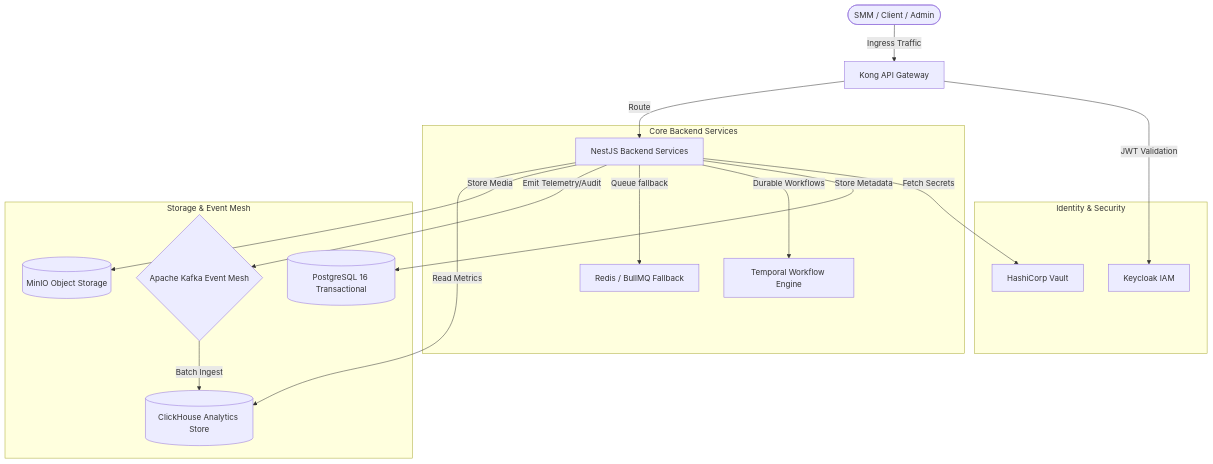
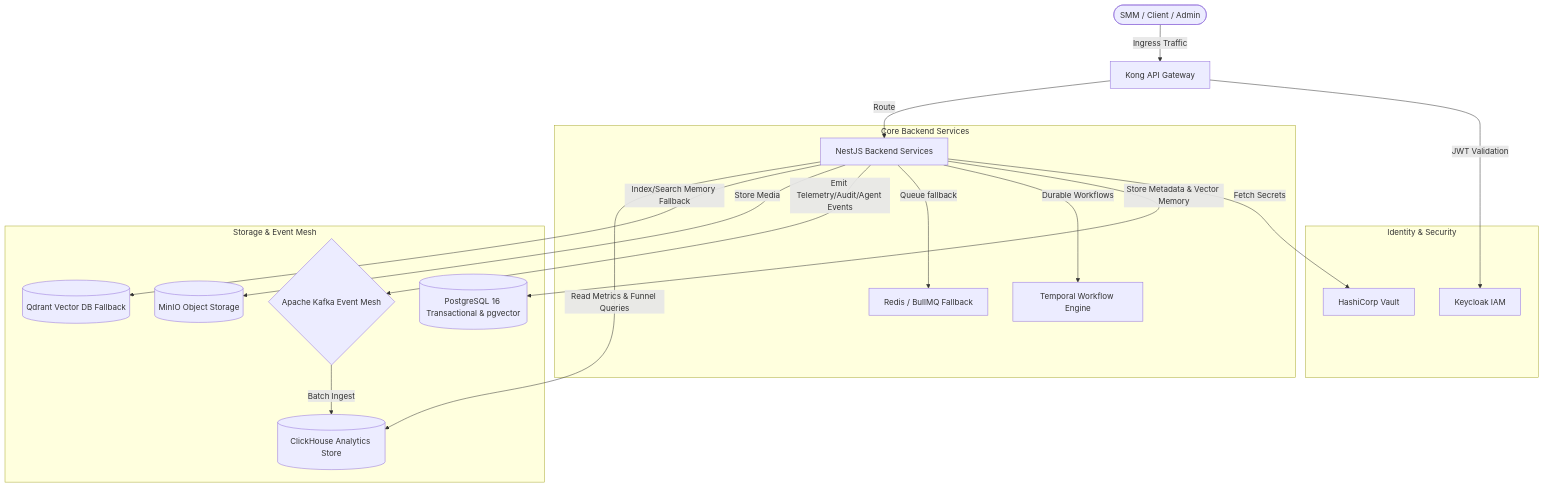
Before and after one commit to rjmad1/Fluxora: the diagram in wiki/Architecture-Overview.md, drawn with Mermaid. The commit also changed other lines of this file and 32 other files, not shown here.

````diff
--- a/wiki/Architecture-Overview.md
+++ b/wiki/Architecture-Overview.md
@@ -11,35 +11,37 @@
 ```mermaid
 graph TD
     User([SMM / Client / Admin]) -->|Ingress Traffic| Kong[Kong API Gateway]
     
     subgraph Identity & Security
         Keycloak[Keycloak IAM]
         Vault[HashiCorp Vault]
     end
     
     subgraph Core Backend Services
         NestApp[NestJS Backend Services]
         Temporal[Temporal Workflow Engine]
         Redis[Redis / BullMQ Fallback]
     end
 
     subgraph Storage & Event Mesh
-        PG[(PostgreSQL 16 Transactional)]
+        PG[(PostgreSQL 16 Transactional & pgvector)]
         Kafka{Apache Kafka Event Mesh}
         CH[(ClickHouse Analytics Store)]
         MinIO[(MinIO Object Storage)]
+        Qdrant[(Qdrant Vector DB Fallback)]
     end
 
     Kong -->|JWT Validation| Keycloak
     Kong -->|Route| NestApp
     
     NestApp -->|Fetch Secrets| Vault
-    NestApp -->|Store Metadata| PG
+    NestApp -->|Store Metadata & Vector Memory| PG
     NestApp -->|Durable Workflows| Temporal
     NestApp -->|Queue fallback| Redis
-    NestApp -->|Emit Telemetry/Audit| Kafka
+    NestApp -->|Emit Telemetry/Audit/Agent Events| Kafka
     NestApp -->|Store Media| MinIO
+    NestApp -->|Index/Search Memory Fallback| Qdrant
     
     Kafka -->|Batch Ingest| CH
-    NestApp -->|Read Metrics| CH
+    NestApp -->|Read Metrics & Funnel Queries| CH
 ```
````
